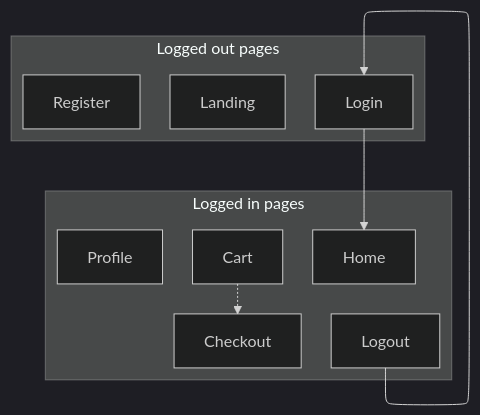
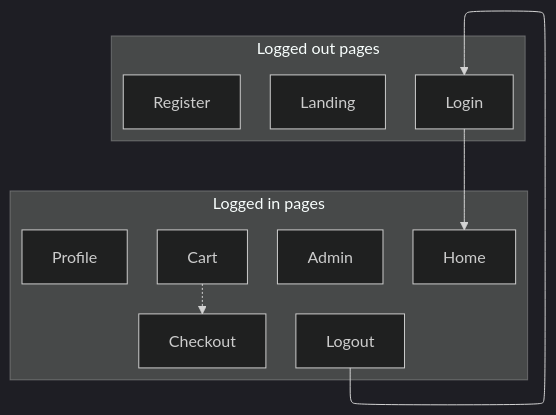
One commit to Heliodex/teamworking changed the diagram in docs/sitemap.md. Above: the diagram before and after it, drawn with Mermaid (dark theme).

Commit message:
Add admin page to sitemap

````diff
--- a/docs/sitemap.md
+++ b/docs/sitemap.md
@@ -1,22 +1,23 @@
 ```mermaid
 ---
 config:
     layout: elk
 ---
 graph
 	subgraph loggedout [Logged out pages]
 		Landing
 		Login
 		Register
 	end
 
 	subgraph loggedin [Logged in pages]
 		Home
 		Cart-.->Checkout
 		Profile
+		Admin
 		Logout
 	end
 
 	Logout-->Login
 	Login-->Home
 ```
````
